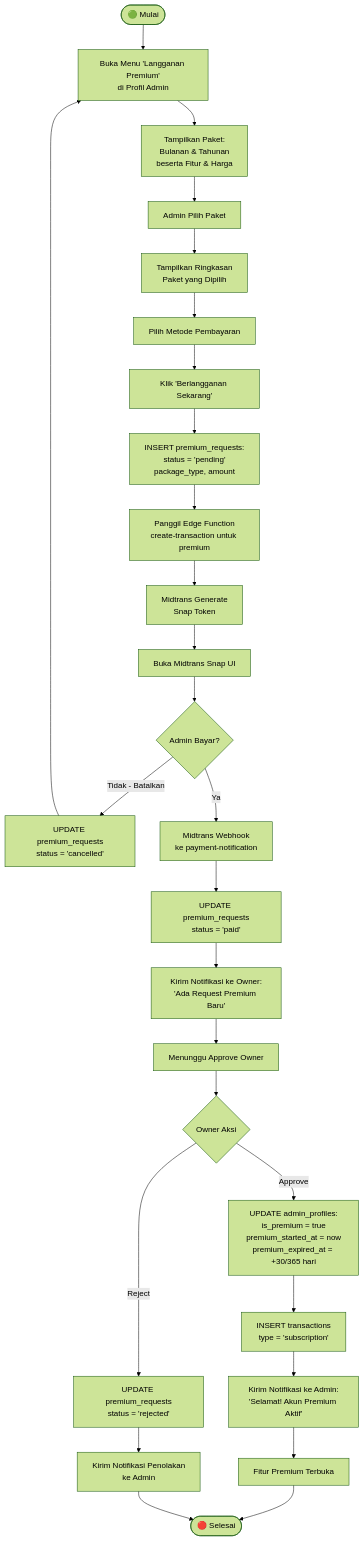
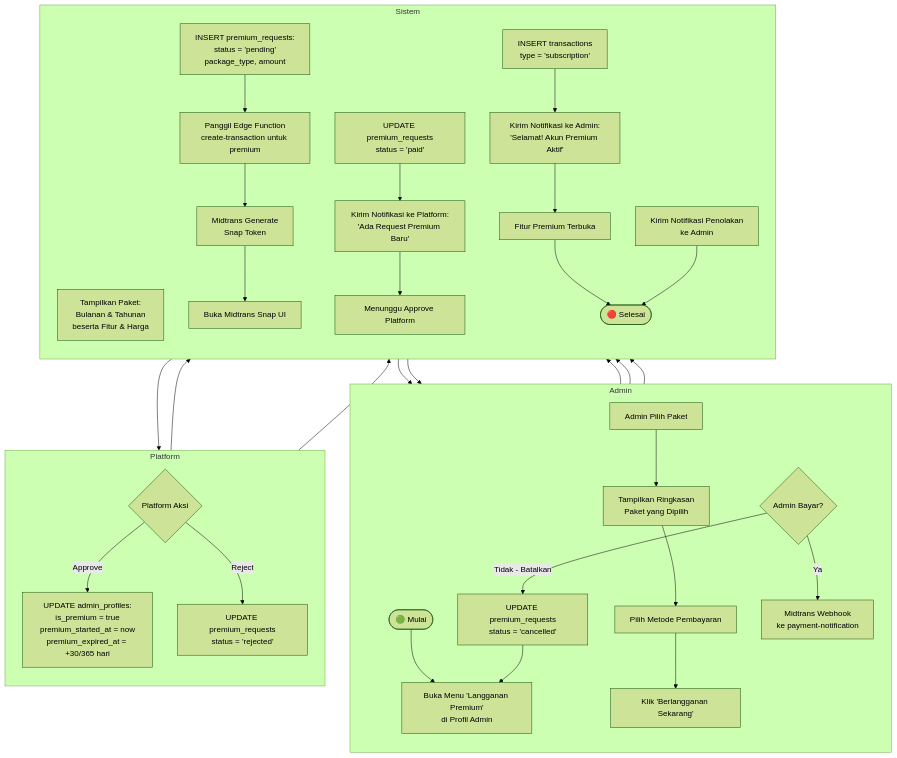
Diagram 20 of 43 in DOKUMENTASI.md (yosima050/booyahhub), drawn with Mermaid (forest theme) before and after one commit. The commit also changed other lines of this file, not shown here.

Commit message:
docs: rename Platform Owner role to Platform and refactor Mermaid flowcharts in documentation

````diff
--- a/DOKUMENTASI.md
+++ b/DOKUMENTASI.md
@@ -763,28 +889,39 @@
 ```mermaid
 flowchart TD
-    A([🟢 Mulai]) --> B[Buka Menu 'Langganan Premium'\ndi Profil Admin]
-    B --> C[Tampilkan Paket:\nBulanan & Tahunan\nbeserta Fitur & Harga]
-    C --> D[Admin Pilih Paket]
-    D --> E[Tampilkan Ringkasan\nPaket yang Dipilih]
-    E --> F[Pilih Metode Pembayaran]
-    F --> G[Klik 'Berlangganan Sekarang']
-    G --> H[INSERT premium_requests:\nstatus = 'pending'\npackage_type, amount]
-    H --> I[Panggil Edge Function\ncreate-transaction untuk premium]
-    I --> J[Midtrans Generate\nSnap Token]
-    J --> K[Buka Midtrans Snap UI]
-    K --> L{Admin Bayar?}
-    L -->|Tidak - Batalkan| M[UPDATE premium_requests\nstatus = 'cancelled']
-    M --> B
-    L -->|Ya| N[Midtrans Webhook\nke payment-notification]
-    N --> O[UPDATE premium_requests\nstatus = 'paid']
-    O --> P[Kirim Notifikasi ke Owner:\n'Ada Request Premium Baru']
-    P --> Q[Menunggu Approve Owner]
-    Q --> R{Owner Aksi}
-    R -->|Approve| S[UPDATE admin_profiles:\nis_premium = true\npremium_started_at = now\npremium_expired_at = +30/365 hari]
-    S --> T[INSERT transactions\ntype = 'subscription']
-    T --> U[Kirim Notifikasi ke Admin:\n'Selamat! Akun Premium Aktif']
-    U --> V[Fitur Premium Terbuka]
-    R -->|Reject| W[UPDATE premium_requests\nstatus = 'rejected']
-    W --> X[Kirim Notifikasi Penolakan\nke Admin]
-    V & X --> Y([🔴 Selesai])
+    subgraph Admin
+        direction TB
+        A([🟢 Mulai]) --> B[Buka Menu 'Langganan Premium'<br/>di Profil Admin]
+        D[Admin Pilih Paket] --> E
+        F[Pilih Metode Pembayaran] --> G[Klik 'Berlangganan Sekarang']
+        L{Admin Bayar?} -->|Tidak - Batalkan| M[UPDATE premium_requests<br/>status = 'cancelled']
+        M --> B
+        L -->|Ya| N
+    end
+
+    subgraph Platform
+        direction TB
+        R{Platform Aksi} -->|Approve| S
+        R -->|Reject| W
+    end
+
+    subgraph Sistem
+        direction TB
+        B --> C[Tampilkan Paket:<br/>Bulanan & Tahunan<br/>beserta Fitur & Harga]
+        C --> D
+        E[Tampilkan Ringkasan<br/>Paket yang Dipilih] --> F
+        G --> H[INSERT premium_requests:<br/>status = 'pending'<br/>package_type, amount]
+        H --> I[Panggil Edge Function<br/>create-transaction untuk premium]
+        I --> J[Midtrans Generate<br/>Snap Token]
+        J --> K[Buka Midtrans Snap UI]
+        K --> L
+        N[Midtrans Webhook<br/>ke payment-notification] --> O[UPDATE premium_requests<br/>status = 'paid']
+        O --> P[Kirim Notifikasi ke Platform:<br/>'Ada Request Premium Baru']
+        P --> Q[Menunggu Approve Platform]
+        Q --> R
+        S[UPDATE admin_profiles:<br/>is_premium = true<br/>premium_started_at = now<br/>premium_expired_at = +30/365 hari] --> T[INSERT transactions<br/>type = 'subscription']
+        T --> U[Kirim Notifikasi ke Admin:<br/>'Selamat! Akun Premium Aktif']
+        U --> V[Fitur Premium Terbuka]
+        W[UPDATE premium_requests<br/>status = 'rejected'] --> X[Kirim Notifikasi Penolakan<br/>ke Admin]
+        V & X --> Y([🔴 Selesai])
+    end
 ```
````
